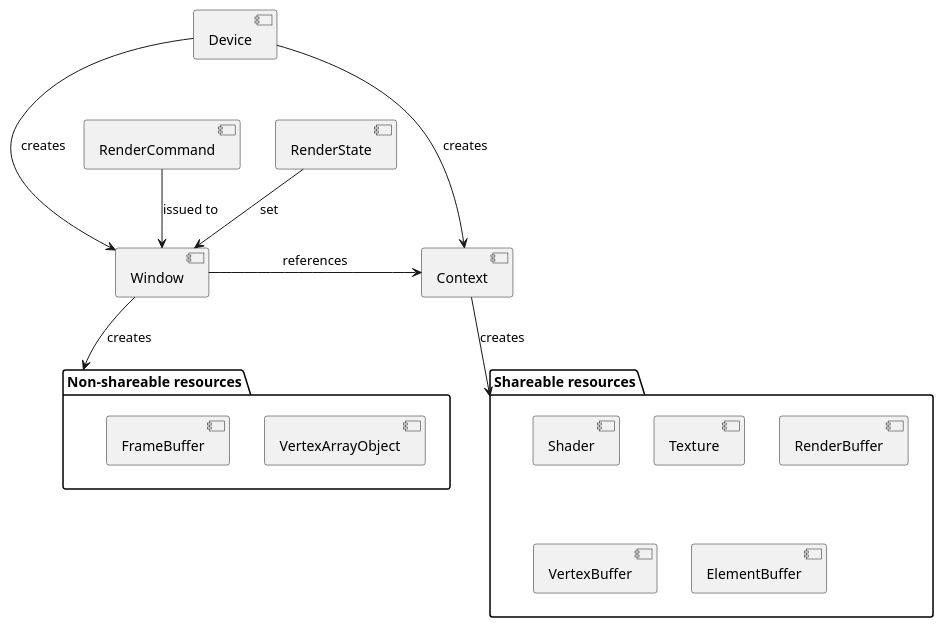
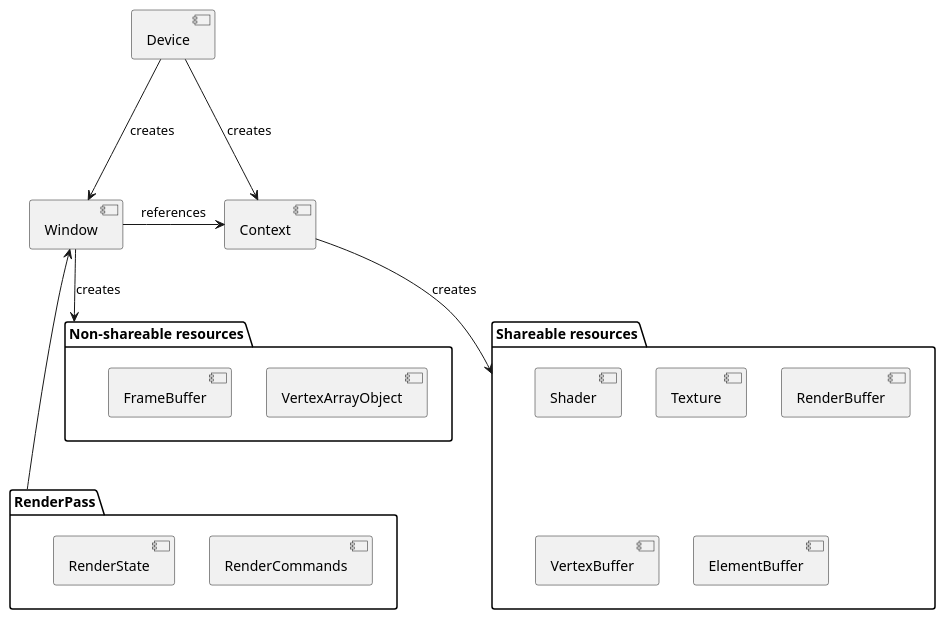
One commit to wookie41/blitz changed the diagram in renderer/core/uml/arch.puml. Above: the diagram before and after it, drawn with PlantUML. The commit also changed 1 other file, not shown here.

Commit message:
1 | Introduce the concept of RenderPass

```diff
--- a/renderer/core/uml/arch.puml
+++ b/renderer/core/uml/arch.puml
@@ -1,26 +1,30 @@
 @startuml
 
 [Device] ---> [Context]: creates
 [Device] ---> [Window]: creates
+[Context] --> [Shareable resources]: creates
+
+[Window] --> [Non-shareable resources]: creates
+[Window] <--- [RenderPass]
 [Window] -> [Context]: references
 
-[Context] --> [Shareable resources]: creates
-[Window] --> [Non-shareable resources]: creates
-[RenderCommand] --> Window: issued to
-[RenderState] --> Window: set
+package "RenderPass" {
+    [RenderCommands]
+    [RenderState]
+}
 
 package "Shareable resources" {
     [Shader]
     [Texture]
     [RenderBuffer]
     [VertexBuffer]
     [ElementBuffer]
 
 }
 
 package "Non-shareable resources" {
     [VertexArrayObject]
     [FrameBuffer]
 }
 
 @enduml
```
